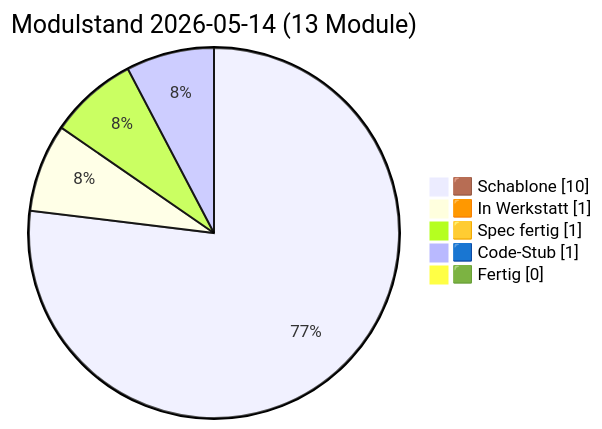
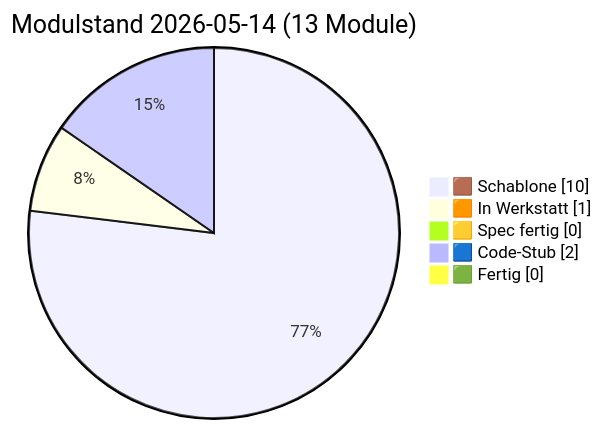
The diagram in docs/PULS.md (lausiklauskn-png/Sage-Protokol), drawn with Mermaid before and after one commit. The commit also changed other lines of this file and 6 other files, not shown here.

````diff
--- a/docs/PULS.md
+++ b/docs/PULS.md
@@ -16,9 +16,9 @@
 ```mermaid
 pie showData
   title Modulstand 2026-05-14 (13 Module)
   "🟫 Schablone" : 10
   "🟧 In Werkstatt" : 1
-  "🟨 Spec fertig" : 1
-  "🟦 Code-Stub" : 1
+  "🟨 Spec fertig" : 0
+  "🟦 Code-Stub" : 2
   "🟩 Fertig" : 0
 ```
````
